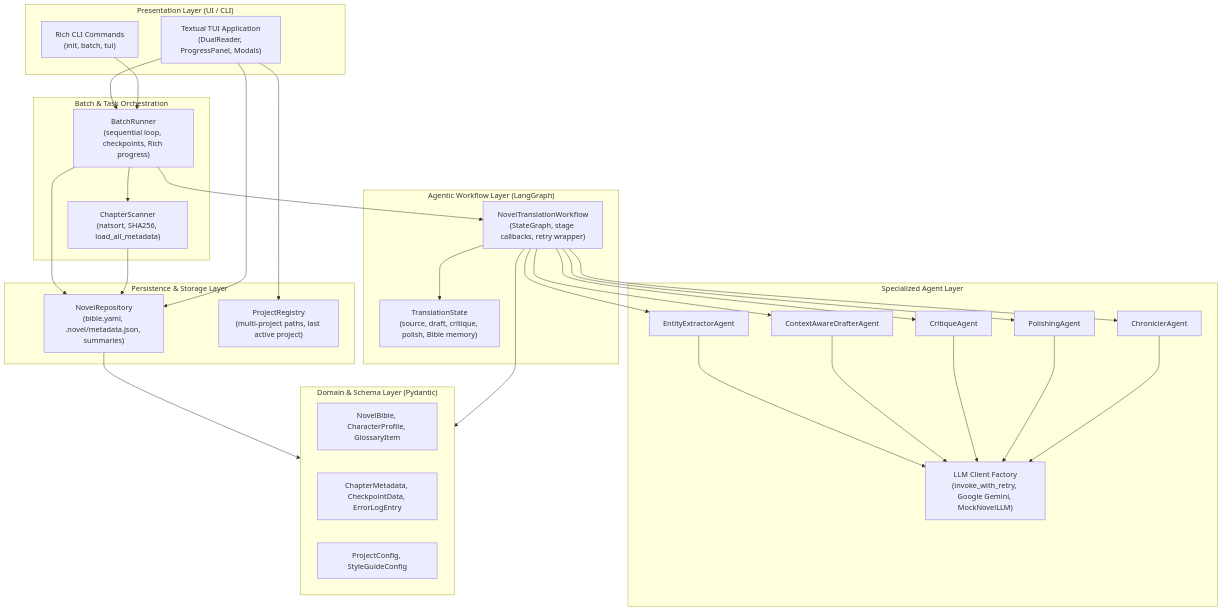
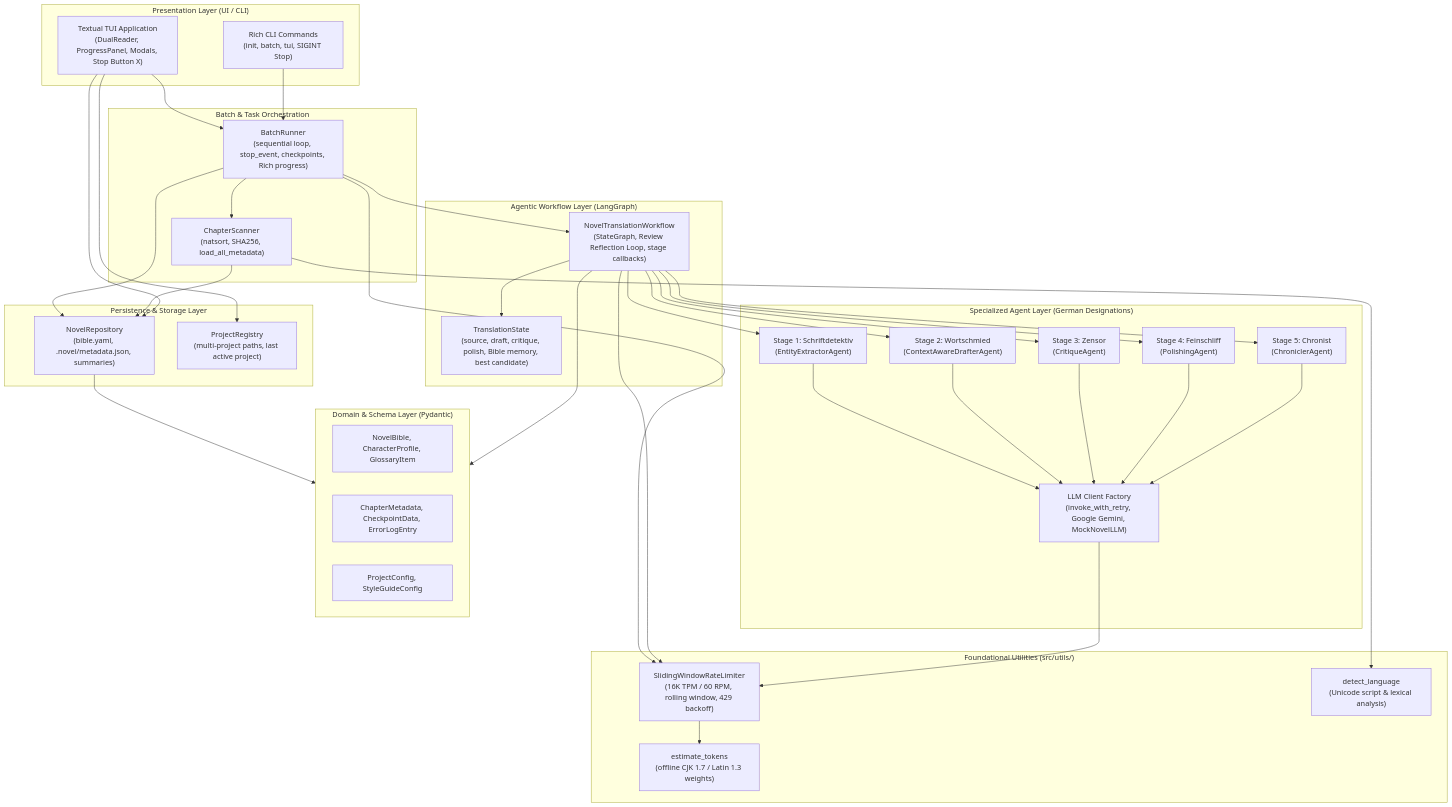
One commit to Checkmartyr/NouSetsu changed the first of 2 diagrams in doc/architecture.md. Above: the diagram before and after it, drawn with Mermaid. The commit also changed other lines of this file and 4 other files, not shown here.

Commit message:
docs: update all technical guides in doc/ with review loop, rate limiter, and stop controls

````diff
--- a/doc/architecture.md
+++ b/doc/architecture.md
@@ -9,60 +9,71 @@
 ```mermaid
 graph TD
     subgraph Presentation_Layer ["Presentation Layer (UI / CLI)"]
-        TUI["Textual TUI Application<br/>(DualReader, ProgressPanel, Modals)"]
-        CLI["Rich CLI Commands<br/>(init, batch, tui)"]
+        TUI["Textual TUI Application<br/>(DualReader, ProgressPanel, Modals, Stop Button X)"]
+        CLI["Rich CLI Commands<br/>(init, batch, tui, SIGINT Stop)"]
     end
 
     subgraph Batch_Orchestration ["Batch & Task Orchestration"]
         Scanner["ChapterScanner<br/>(natsort, SHA256, load_all_metadata)"]
-        Runner["BatchRunner<br/>(sequential loop, checkpoints, Rich progress)"]
+        Runner["BatchRunner<br/>(sequential loop, stop_event, checkpoints, Rich progress)"]
     end
 
     subgraph Workflow_Layer ["Agentic Workflow Layer (LangGraph)"]
-        Workflow["NovelTranslationWorkflow<br/>(StateGraph, stage callbacks, retry wrapper)"]
-        State["TranslationState<br/>(source, draft, critique, polish, Bible memory)"]
+        Workflow["NovelTranslationWorkflow<br/>(StateGraph, Review Reflection Loop, stage callbacks)"]
+        State["TranslationState<br/>(source, draft, critique, polish, Bible memory, best candidate)"]
     end
 
-    subgraph Agent_Layer ["Specialized Agent Layer"]
-        Extractor["EntityExtractorAgent"]
-        Drafter["ContextAwareDrafterAgent"]
-        Critic["CritiqueAgent"]
-        Polisher["PolishingAgent"]
-        Chronicler["ChroniclerAgent"]
+    subgraph Agent_Layer ["Specialized Agent Layer (German Designations)"]
+        Extractor["Stage 1: Schriftdetektiv<br/>(EntityExtractorAgent)"]
+        Drafter["Stage 2: Wortschmied<br/>(ContextAwareDrafterAgent)"]
+        Critic["Stage 3: Zensor<br/>(CritiqueAgent)"]
+        Polisher["Stage 4: Feinschliff<br/>(PolishingAgent)"]
+        Chronicler["Stage 5: Chronist<br/>(ChroniclerAgent)"]
         LLM["LLM Client Factory<br/>(invoke_with_retry, Google Gemini, MockNovelLLM)"]
+    end
+
+    subgraph Utility_Layer ["Foundational Utilities (src/utils/)"]
+        RateLimiter["SlidingWindowRateLimiter<br/>(16K TPM / 60 RPM, rolling window, 429 backoff)"]
+        TokenEstimator["estimate_tokens<br/>(offline CJK 1.7 / Latin 1.3 weights)"]
+        LangDetector["detect_language<br/>(Unicode script & lexical analysis)"]
     end
 
     subgraph Storage_Layer ["Persistence & Storage Layer"]
         Repo["NovelRepository<br/>(bible.yaml, .novel/metadata.json, summaries)"]
         Registry["ProjectRegistry<br/>(multi-project paths, last active project)"]
     end
 
     subgraph Domain_Models ["Domain & Schema Layer (Pydantic)"]
         M_Bible["NovelBible, CharacterProfile, GlossaryItem"]
         M_Meta["ChapterMetadata, CheckpointData, ErrorLogEntry"]
         M_Config["ProjectConfig, StyleGuideConfig"]
     end
 
     %% Dependencies
     TUI --> Runner
     CLI --> Runner
     Runner --> Scanner
     Runner --> Workflow
+    Scanner --> LangDetector
+    Runner --> RateLimiter
     Workflow --> State
     Workflow --> Extractor
     Workflow --> Drafter
     Workflow --> Critic
     Workflow --> Polisher
     Workflow --> Chronicler
+    Workflow --> RateLimiter
+    RateLimiter --> TokenEstimator
     Extractor --> LLM
     Drafter --> LLM
     Critic --> LLM
     Polisher --> LLM
     Chronicler --> LLM
+    LLM --> RateLimiter
     Runner --> Repo
     Scanner --> Repo
     TUI --> Registry
     TUI --> Repo
     Repo --> Domain_Models
     Workflow --> Domain_Models
 ```
````
